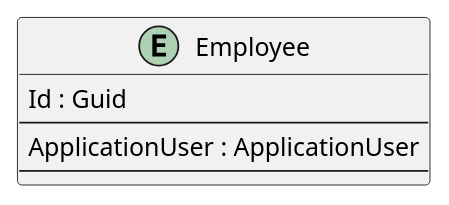
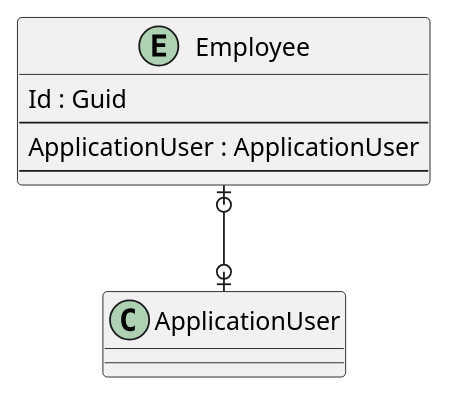
One commit to intrepion/intrepion_employee-managers_csharp changed the diagram in .docs/Sco.SarTool.pu. Above: the diagram before and after it, drawn with PlantUML.

```diff
--- a/.docs/Sco.SarTool.pu
+++ b/.docs/Sco.SarTool.pu
@@ -1,16 +1,17 @@
 @startuml
 
 entity Employee {
     Id : Guid
     --
     ApplicationUser : ApplicationUser
     ' EmployeeKeyCodePlaceholder
     --
     ' EmployeePropertyCodePlaceholder
 }
 
 ' EntityCodePlaceholder
 
+Employee |o--o| ApplicationUser
 ' RelationshipCodePlaceholder
 
 @enduml
```
